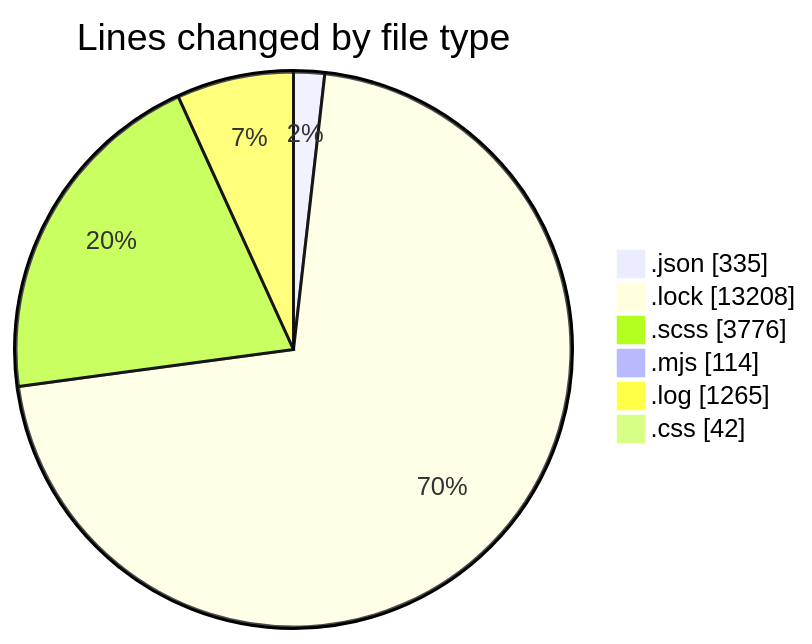
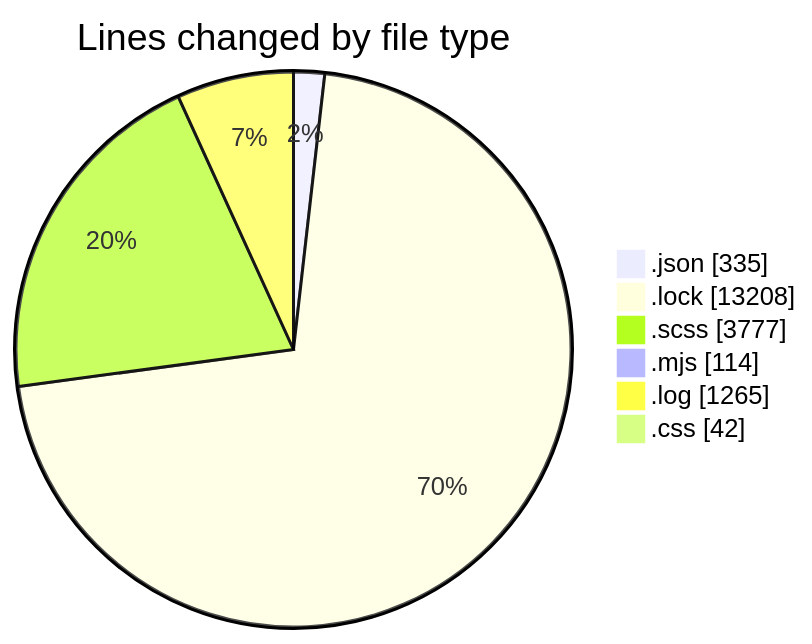
One commit to momahboobian/code-tracking changed the first of 2 diagrams in 2026-01-26/cda/README.md. Above: the diagram before and after it, drawn with Mermaid. The commit also changed other lines of this file and 1 other file, not shown here.

````diff
--- a/2026-01-26/cda/README.md
+++ b/2026-01-26/cda/README.md
@@ -32,10 +32,10 @@
 ```mermaid
 pie showData
 title Lines changed by file type
 ".json" : 335
 ".lock" : 13208
-".scss" : 3776
+".scss" : 3777
 ".mjs" : 114
 ".log" : 1265
 ".css" : 42
 ```
````
